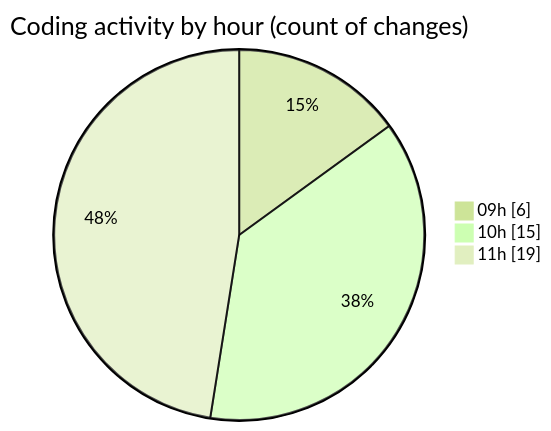
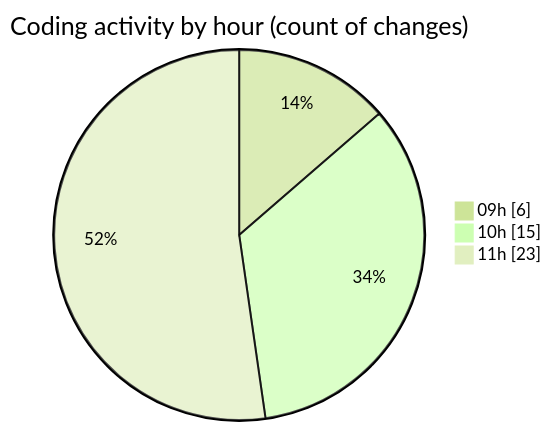
One commit to momahboobian/code-tracking changed the second of 2 diagrams in 2026-04-20/cda/README.md. Above: the diagram before and after it, drawn with Mermaid (forest theme). The commit also changed other lines of this file and 1 other file, not shown here.

````diff
--- a/2026-04-20/cda/README.md
+++ b/2026-04-20/cda/README.md
@@ -37,7 +37,7 @@
 ```mermaid
 pie showData
 title Coding activity by hour (count of changes)
 "09h" : 6
 "10h" : 15
-"11h" : 19
+"11h" : 23
 ```
````
